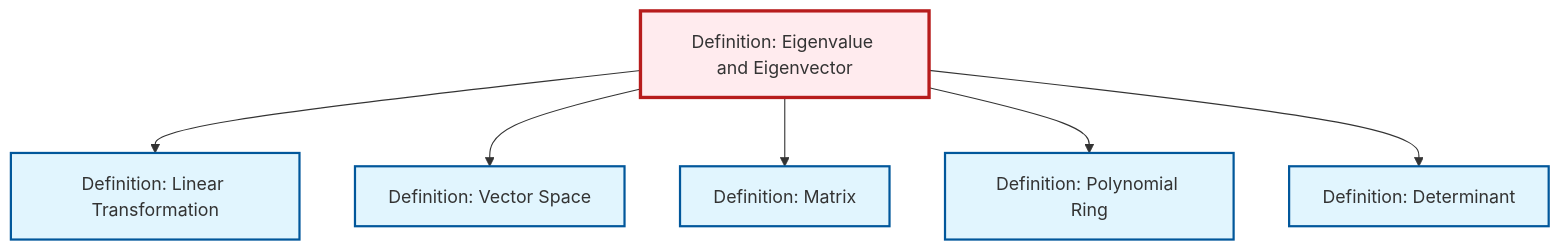
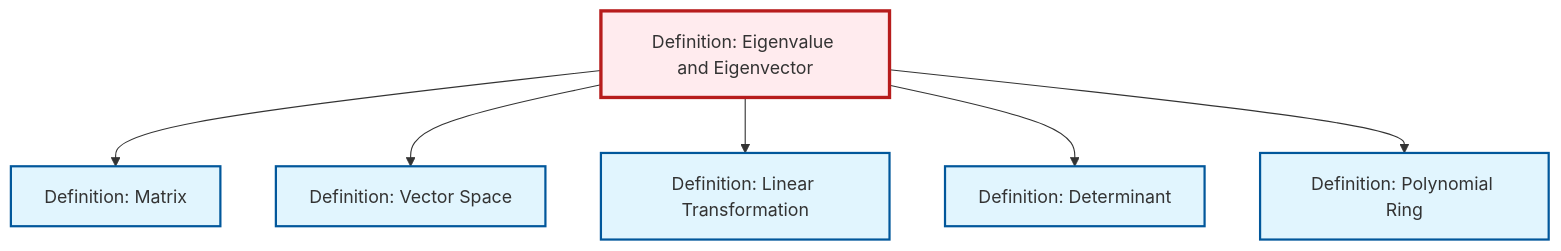
Before and after one commit to RK0429/ModernMath: the diagram in content/en/algebra/def-eigenvalue-eigenvector.qmd, drawn with Mermaid. The commit also changed other lines of this file and 1069 other files, not shown here.

````diff
--- a/content/en/algebra/def-eigenvalue-eigenvector.qmd
+++ b/content/en/algebra/def-eigenvalue-eigenvector.qmd
@@ -74,26 +74,26 @@
 ```{mermaid}
 %%| fig-cap: "Local dependency graph"
 graph TD
     classDef definition fill:#e1f5fe,stroke:#01579b,stroke-width:2px
     classDef theorem fill:#f3e5f5,stroke:#4a148c,stroke-width:2px
     classDef axiom fill:#fff3e0,stroke:#e65100,stroke-width:2px
     classDef example fill:#e8f5e9,stroke:#1b5e20,stroke-width:2px
     classDef current fill:#ffebee,stroke:#b71c1c,stroke-width:3px
+    def-determinant["Definition: Determinant"]:::definition
+    def-linear-transformation["Definition: Linear Transformation"]:::definition
     def-polynomial-ring["Definition: Polynomial Ring"]:::definition
-    def-determinant["Definition: Determinant"]:::definition
+    def-vector-space["Definition: Vector Space"]:::definition
+    def-eigenvalue-eigenvector["Definition: Eigenvalue and Eigenvector"]:::definition
     def-matrix["Definition: Matrix"]:::definition
-    def-eigenvalue-eigenvector["Definition: Eigenvalue and Eigenvector"]:::definition
-    def-linear-transformation["Definition: Linear Transformation"]:::definition
-    def-vector-space["Definition: Vector Space"]:::definition
+    def-eigenvalue-eigenvector --> def-matrix
+    def-eigenvalue-eigenvector --> def-vector-space
     def-eigenvalue-eigenvector --> def-linear-transformation
-    def-eigenvalue-eigenvector --> def-vector-space
-    def-eigenvalue-eigenvector --> def-matrix
+    def-eigenvalue-eigenvector --> def-determinant
     def-eigenvalue-eigenvector --> def-polynomial-ring
-    def-eigenvalue-eigenvector --> def-determinant
     class def-eigenvalue-eigenvector current
+    click def-determinant "def-determinant.html" "Go to Determinant definition"
+    click def-linear-transformation "def-linear-transformation.html" "Go to Linear Transformation definition"
     click def-polynomial-ring "def-polynomial-ring.html" "Go to Polynomial Ring definition"
-    click def-determinant "def-determinant.html" "Go to Determinant definition"
+    click def-vector-space "def-vector-space.html" "Go to Vector Space definition"
     click def-matrix "def-matrix.html" "Go to Matrix definition"
-    click def-linear-transformation "def-linear-transformation.html" "Go to Linear Transformation definition"
-    click def-vector-space "def-vector-space.html" "Go to Vector Space definition"
 ```
````
